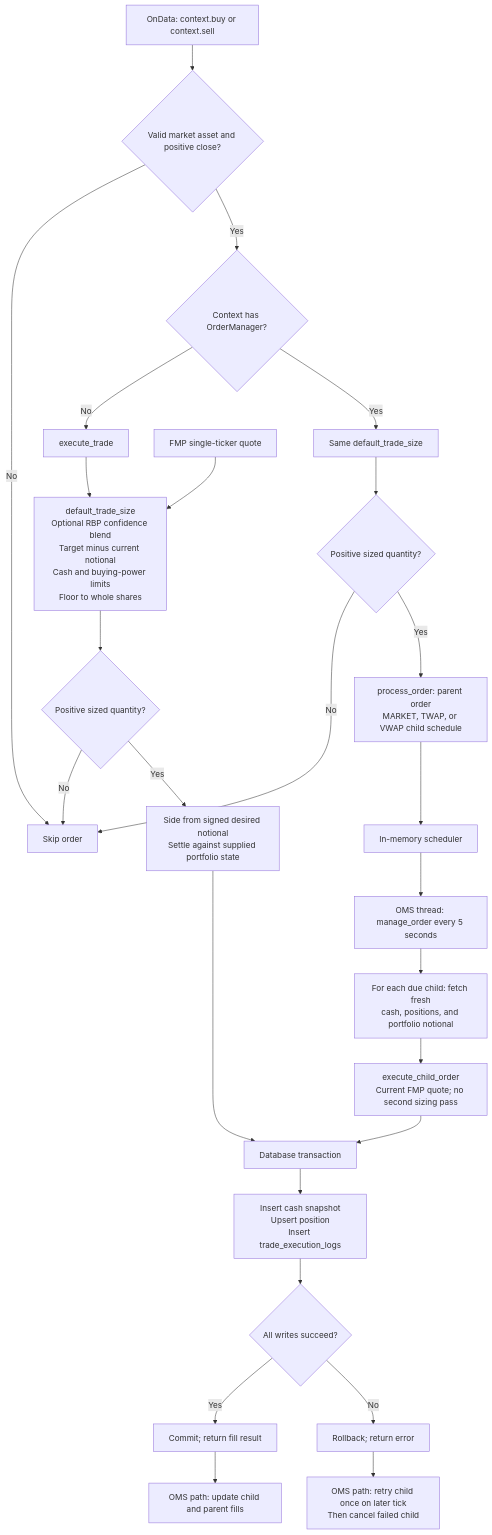
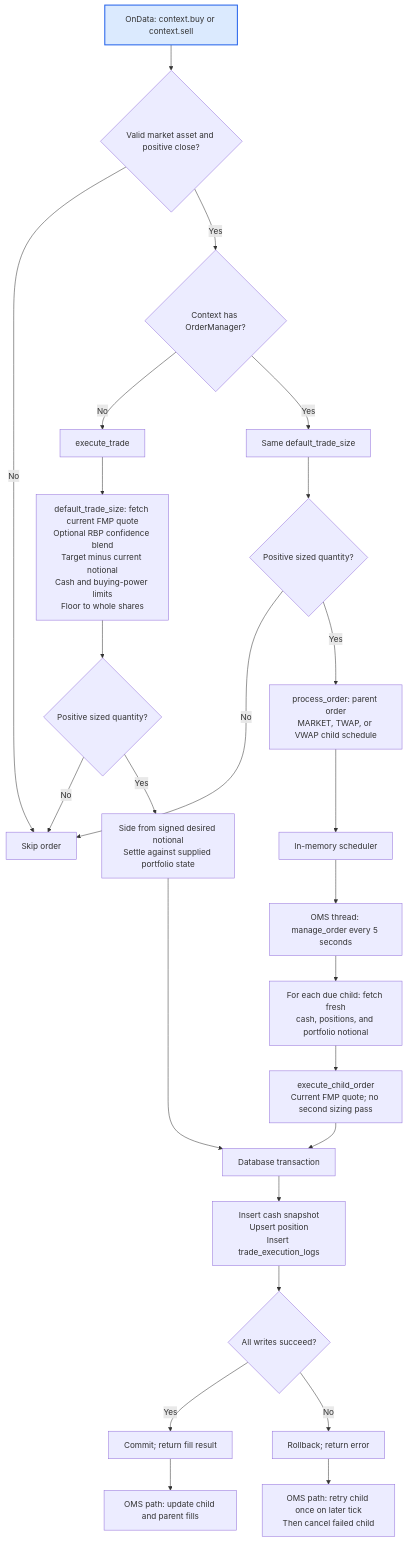
The second of 2 diagrams in docs/workflows/live-trading-workflow_detailed.md (MUNQuantSociety/MQSMaster), drawn with Mermaid before and after one commit. The commit also changed other lines of this file and 12 other files, not shown here.

Commit message:
docs: make workflow diagrams top-down hierarchies

````diff
--- a/docs/workflows/live-trading-workflow_detailed.md
+++ b/docs/workflows/live-trading-workflow_detailed.md
@@ -40,28 +41,29 @@
 ```mermaid
 flowchart TD
     SIGNAL["OnData: context.buy or context.sell"] --> VALID{"Valid market asset and positive close?"}
     VALID -->|No| SKIP["Skip order"]
     VALID -->|Yes| ROUTE{"Context has OrderManager?"}
     ROUTE -->|No| DIRECT["execute_trade"]
-    DIRECT --> SIZE["default_trade_size<br/>Optional RBP confidence blend<br/>Target minus current notional<br/>Cash and buying-power limits<br/>Floor to whole shares"]
+    DIRECT --> SIZE["default_trade_size: fetch current FMP quote<br/>Optional RBP confidence blend<br/>Target minus current notional<br/>Cash and buying-power limits<br/>Floor to whole shares"]
     ROUTE -->|Yes| OSIZE["Same default_trade_size"]
-    QUOTE["FMP single-ticker quote"] --> SIZE
+
     SIZE --> Q{"Positive sized quantity?"}
     Q -->|No| SKIP
     Q -->|Yes| FILL["Side from signed desired notional<br/>Settle against supplied portfolio state"]
     OSIZE --> OQ{"Positive sized quantity?"}
     OQ -->|No| SKIP
     OQ -->|Yes| PARENT["process_order: parent order<br/>MARKET, TWAP, or VWAP child schedule"]
     PARENT --> QUEUE["In-memory scheduler"]
     QUEUE --> PUMP["OMS thread: manage_order every 5 seconds"]
     PUMP --> FRESH["For each due child: fetch fresh<br/>cash, positions, and portfolio notional"]
     FRESH --> CHILD["execute_child_order<br/>Current FMP quote; no second sizing pass"]
     CHILD --> TX["Database transaction"]
     FILL --> TX
     TX --> BOOKS["Insert cash snapshot<br/>Upsert position<br/>Insert trade_execution_logs"]
     BOOKS --> COMMIT{"All writes succeed?"}
     COMMIT -->|Yes| SUCCESS["Commit; return fill result"]
     COMMIT -->|No| ROLLBACK["Rollback; return error"]
     SUCCESS --> TRACK["OMS path: update child and parent fills"]
     ROLLBACK --> RETRY["OMS path: retry child once on later tick<br/>Then cancel failed child"]
+    style SIGNAL fill:#dbeafe,stroke:#2563eb,stroke-width:2px
 ```
````
